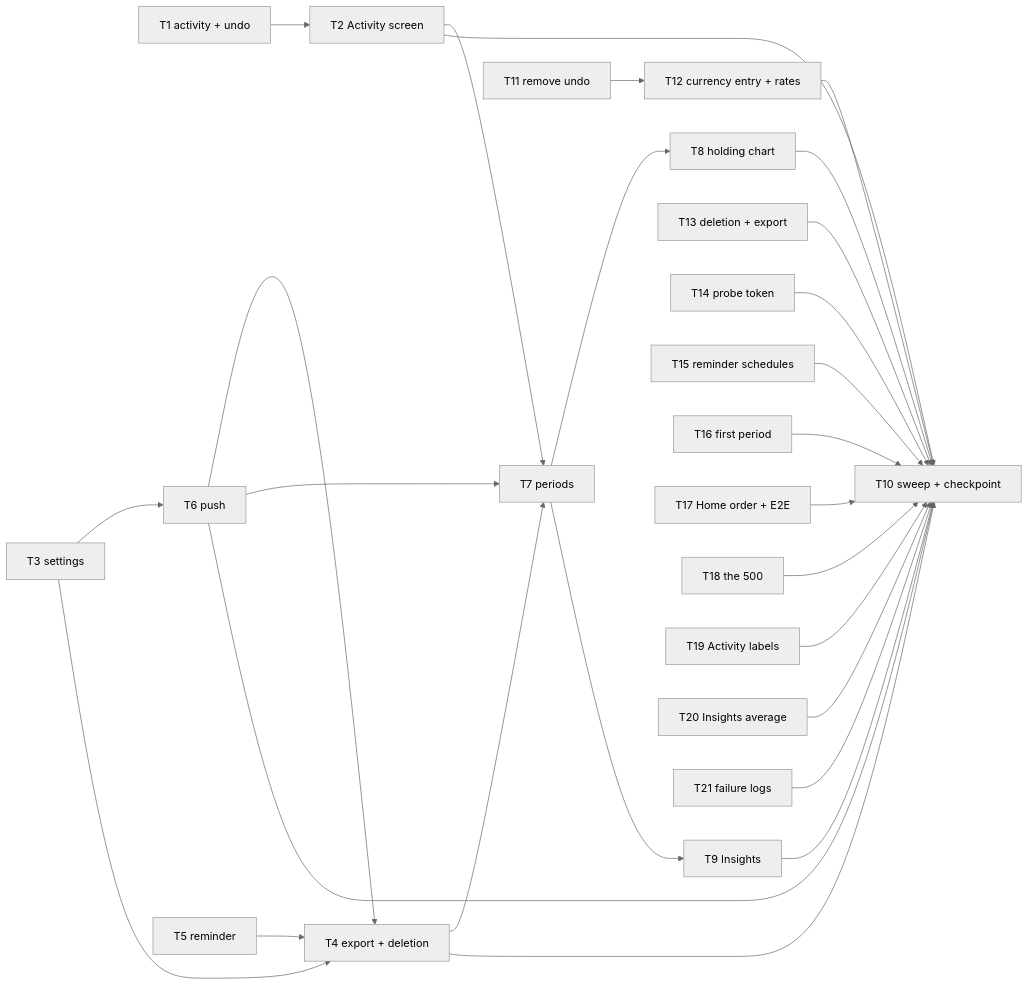
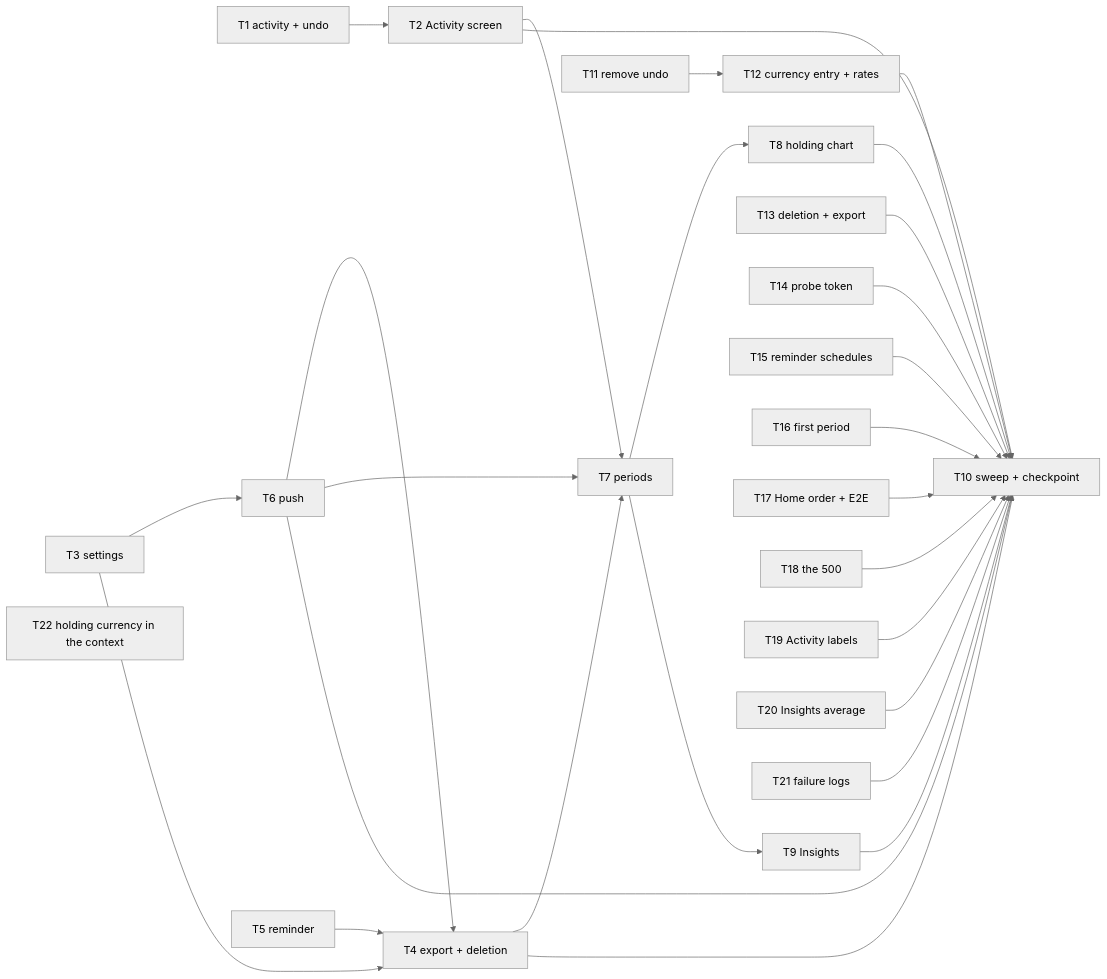
Before and after one commit to terrence0488/netnet: the third of 3 diagrams in docs/04-plan.md, drawn with Mermaid (neutral theme). The commit also changed other lines of this file and 3 other files, not shown here.

First line of the commit message:
Docs: Brief P3-T22, each holding's currency in the context

````diff
--- a/docs/04-plan.md
+++ b/docs/04-plan.md
@@ -351,14 +356,15 @@
 ```mermaid
 flowchart LR
   T1[T1 activity + undo] --> T2[T2 Activity screen]
   T3[T3 settings] --> T6[T6 push] & T4[T4 export + deletion]
   T5[T5 reminder] --> T4
   T6 --> T4
   T2 & T4 & T6 --> T7[T7 periods]
   T7 --> T8[T8 holding chart] & T9[T9 Insights]
   T2 & T4 & T6 & T8 & T9 --> T10[T10 sweep + checkpoint]
   T11[T11 remove undo] --> T12[T12 currency entry + rates]
   T12 & T13[T13 deletion + export] & T14[T14 probe token] & T15[T15 reminder schedules] --> T10
   T16[T16 first period] & T17[T17 Home order + E2E] & T18[T18 the 500] --> T10
   T19[T19 Activity labels] & T20[T20 Insights average] & T21[T21 failure logs] --> T10
+  T22[T22 holding currency in the context]
 ```
````
